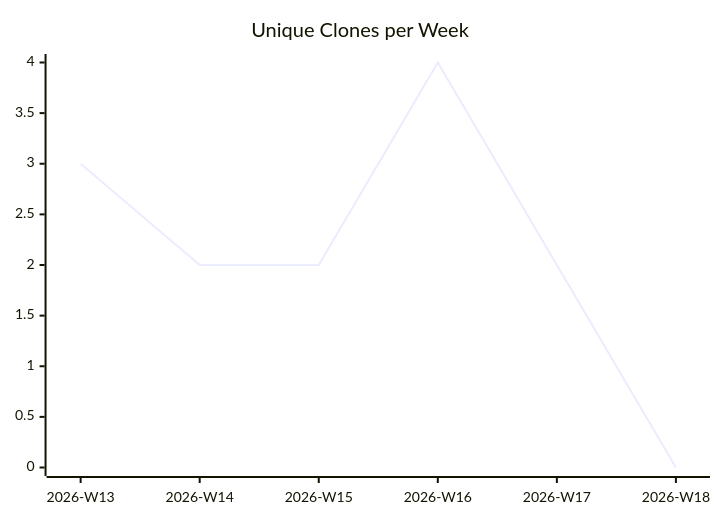
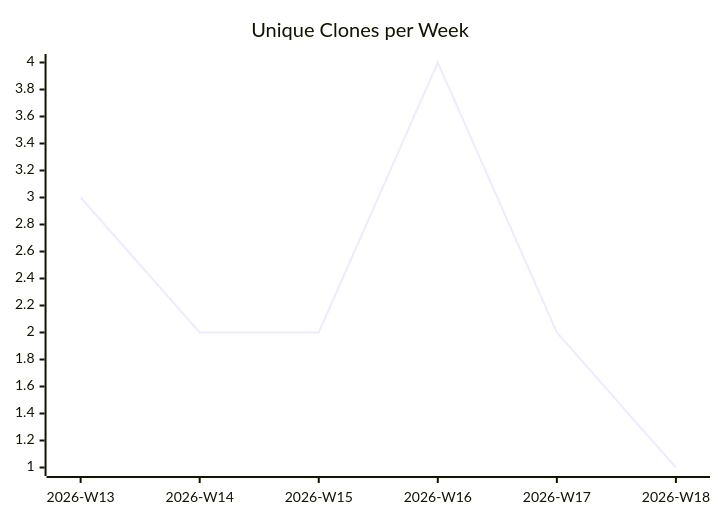
Before and after one commit to justdavis-family/github-analytics-data: the third of 3 diagrams in karlmdavis/ansible-role-rcm-dotfiles/README.md, drawn with Mermaid. The commit also changed other lines of this file and 184 other files, not shown here.

````diff
--- a/karlmdavis/ansible-role-rcm-dotfiles/README.md
+++ b/karlmdavis/ansible-role-rcm-dotfiles/README.md
@@ -19,6 +19,6 @@
 ```mermaid
 xychart-beta
   title "Unique Clones per Week"
   x-axis ["2026-W13", "2026-W14", "2026-W15", "2026-W16", "2026-W17", "2026-W18"]
-  line [3, 2, 2, 4, 2, 0]
+  line [3, 2, 2, 4, 2, 1]
 ```
````
